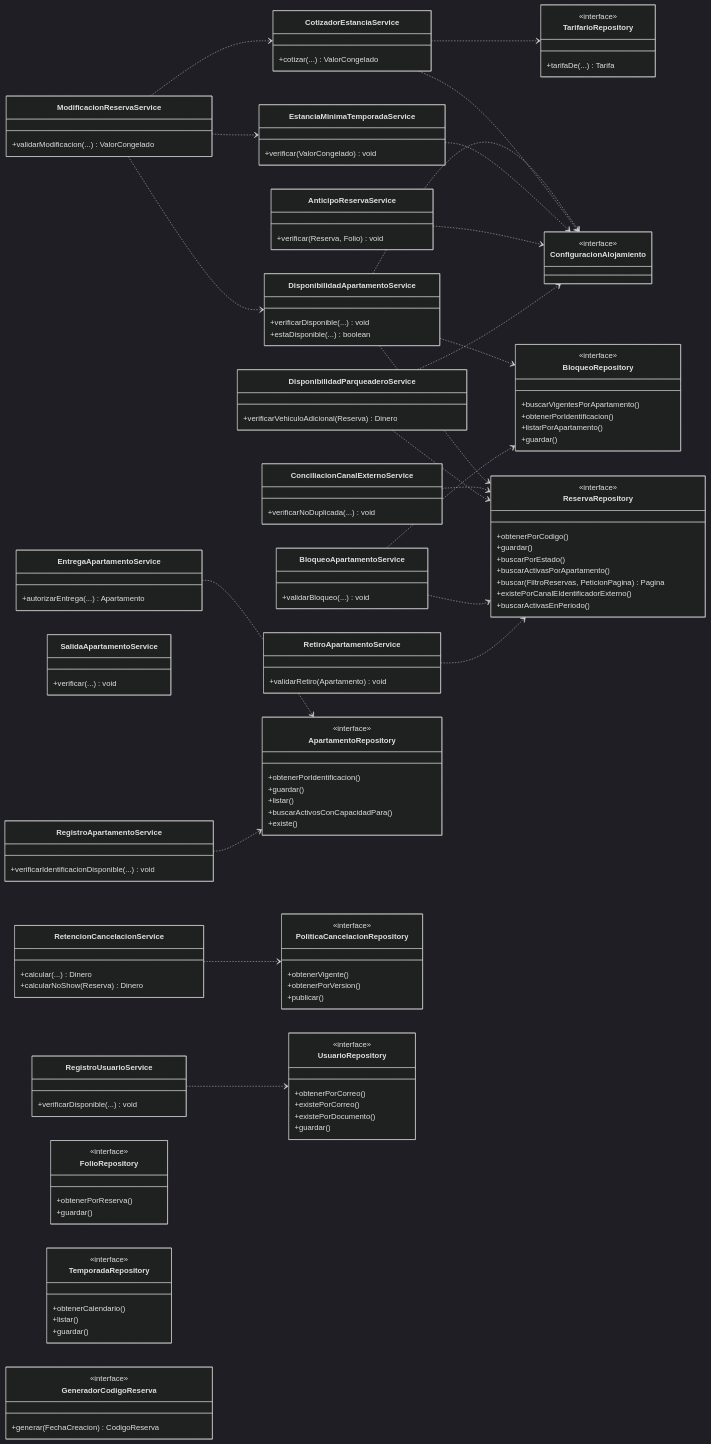
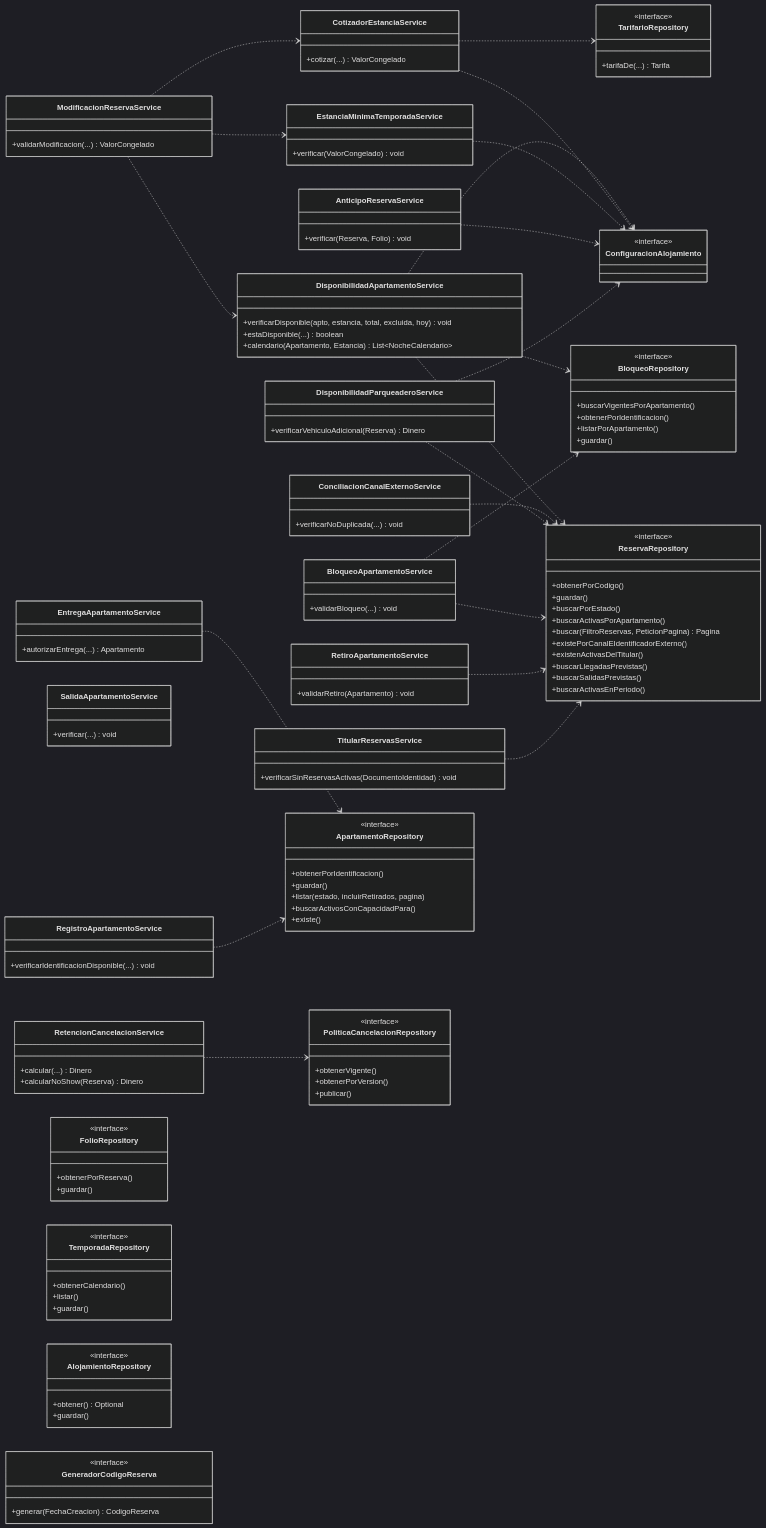
Before and after one commit to Jose15z/SGA-Sistema-Gestion-Alojamiento: the second of 3 diagrams in docs/diagramas/DiagramaDeClases.md, drawn with Mermaid (dark theme). The commit also changed other lines of this file and 162 other files, not shown here.

Commit message:
Alinea el backend con el documento del proyecto, la Entrega 1 y la Ficha del Alojamiento

````diff
--- a/docs/diagramas/DiagramaDeClases.md
+++ b/docs/diagramas/DiagramaDeClases.md
@@ -291,8 +342,9 @@
 classDiagram
 direction LR
   class DisponibilidadApartamentoService {
-    +verificarDisponible(...) void
+    +verificarDisponible(apto, estancia, total, excluida, hoy) void
     +estaDisponible(...) boolean
+    +calendario(Apartamento, Estancia) List~NocheCalendario~
   }
   class CotizadorEstanciaService {
     +cotizar(...) ValorCongelado
@@ -331,8 +383,8 @@
   class RegistroApartamentoService {
     +verificarIdentificacionDisponible(...) void
   }
-  class RegistroUsuarioService {
-    +verificarDisponible(...) void
+  class TitularReservasService {
+    +verificarSinReservasActivas(DocumentoIdentidad) void
   }
   class ReservaRepository {
     <<interface>>
@@ -342,13 +394,16 @@
     +buscarActivasPorApartamento()
     +buscar(FiltroReservas, PeticionPagina) Pagina
     +existePorCanalEIdentificadorExterno()
+    +existenActivasDelTitular()
+    +buscarLlegadasPrevistas()
+    +buscarSalidasPrevistas()
     +buscarActivasEnPeriodo()
   }
   class ApartamentoRepository {
     <<interface>>
     +obtenerPorIdentificacion()
     +guardar()
-    +listar()
+    +listar(estado, incluirRetirados, pagina)
     +buscarActivosConCapacidadPara()
     +existe()
   }
@@ -376,11 +431,9 @@
     +listar()
     +guardar()
   }
-  class UsuarioRepository {
+  class AlojamientoRepository {
     <<interface>>
-    +obtenerPorCorreo()
-    +existePorCorreo()
-    +existePorDocumento()
+    +obtener() Optional
     +guardar()
   }
   class TarifarioRepository {
@@ -413,5 +466,5 @@
 BloqueoApartamentoService ..> BloqueoRepository
 RetiroApartamentoService ..> ReservaRepository
 RegistroApartamentoService ..> ApartamentoRepository
-RegistroUsuarioService ..> UsuarioRepository
+TitularReservasService ..> ReservaRepository
 ```
````
